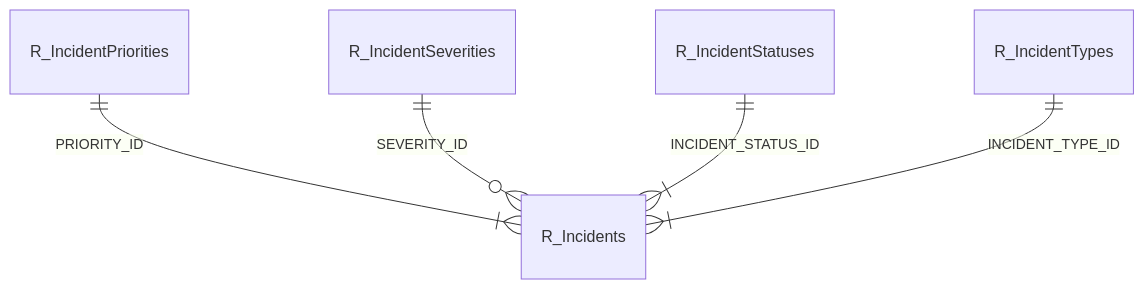
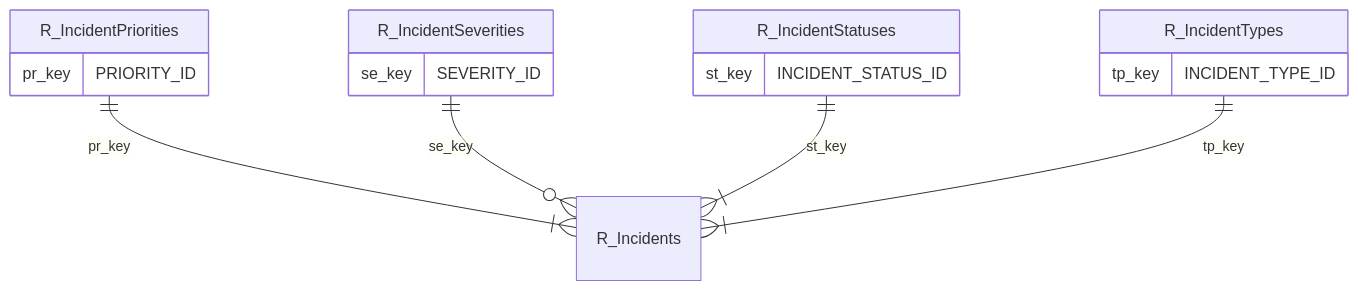
One commit to Inflectra/spira-documentation changed the third of 4 diagrams in docs/Reporting/index.md. Above: the diagram before and after it, drawn with Mermaid. The commit also changed other lines of this file and 1 other file, not shown here.

````diff
--- a/docs/Reporting/index.md
+++ b/docs/Reporting/index.md
@@ -115,7 +122,20 @@
     ``` mermaid
     erDiagram
-    R_IncidentPriorities ||--|{ R_Incidents : PRIORITY_ID
-    R_IncidentSeverities ||--o{ R_Incidents : SEVERITY_ID
-    R_IncidentStatuses ||--|{ R_Incidents : INCIDENT_STATUS_ID
-    R_IncidentTypes ||--|{ R_Incidents : INCIDENT_TYPE_ID
+    R_IncidentPriorities ||--|{ R_Incidents : pr_key
+    R_IncidentSeverities ||--o{ R_Incidents : se_key
+    R_IncidentStatuses ||--|{ R_Incidents : st_key
+    R_IncidentTypes ||--|{ R_Incidents : tp_key
+
+    R_IncidentPriorities {
+        pr_key PRIORITY_ID
+    }
+    R_IncidentSeverities {
+        se_key SEVERITY_ID
+    }
+    R_IncidentStatuses {
+        st_key INCIDENT_STATUS_ID
+    }
+    R_IncidentTypes {
+        tp_key INCIDENT_TYPE_ID
+    }
     ```
````
